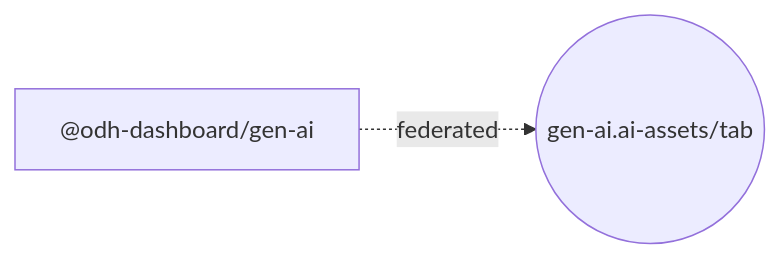
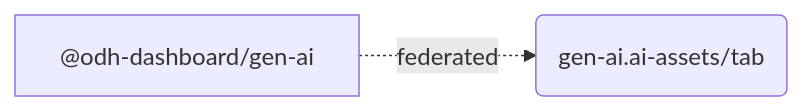
The second of 2 diagrams in packages/gen-ai/docs/extensions.md (mturley/odh-dashboard), drawn with Mermaid before and after one commit. The commit also changed other lines of this file and 24 other files, not shown here.

````diff
--- a/packages/gen-ai/docs/extensions.md
+++ b/packages/gen-ai/docs/extensions.md
@@ -65,6 +65,6 @@
 ```mermaid
 flowchart LR
   pkg_n__odh_dashboard_gen_ai_84b665["@odh-dashboard/gen-ai"]
-  point_n_gen_ai_ai_assets_tab_775728(("gen-ai.ai-assets/tab"))
+  point_n_gen_ai_ai_assets_tab_775728("gen-ai.ai-assets/tab")
   pkg_n__odh_dashboard_gen_ai_84b665 -. "federated" .-> point_n_gen_ai_ai_assets_tab_775728
 ```
````
